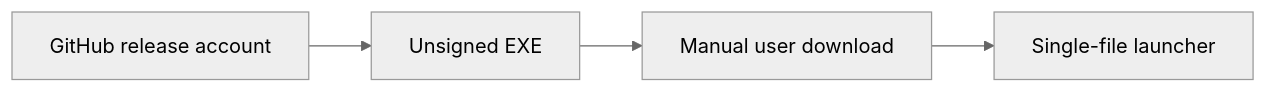
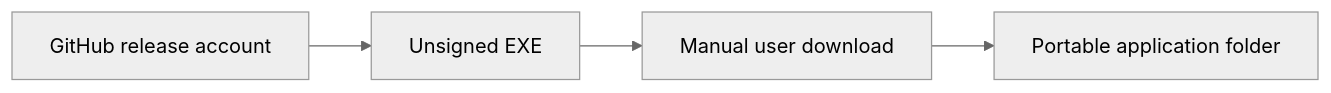
One commit to Arderos/msfs24-landing-stats changed the first of 3 diagrams in security/hardening/2026-08-05-distribution/proposals/release-authenticity.md. Above: the diagram before and after it, drawn with Mermaid (neutral theme). The commit also changed other lines of this file and 20 other files, not shown here.

````diff
--- a/security/hardening/2026-08-05-distribution/proposals/release-authenticity.md
+++ b/security/hardening/2026-08-05-distribution/proposals/release-authenticity.md
@@ -34,6 +34,6 @@
 ```mermaid
 flowchart LR
   G["GitHub release account"] --> E["Unsigned EXE"]
   E --> U["Manual user download"]
-  U --> L["Single-file launcher"]
+  U --> L["Portable application folder"]
 ```
````
